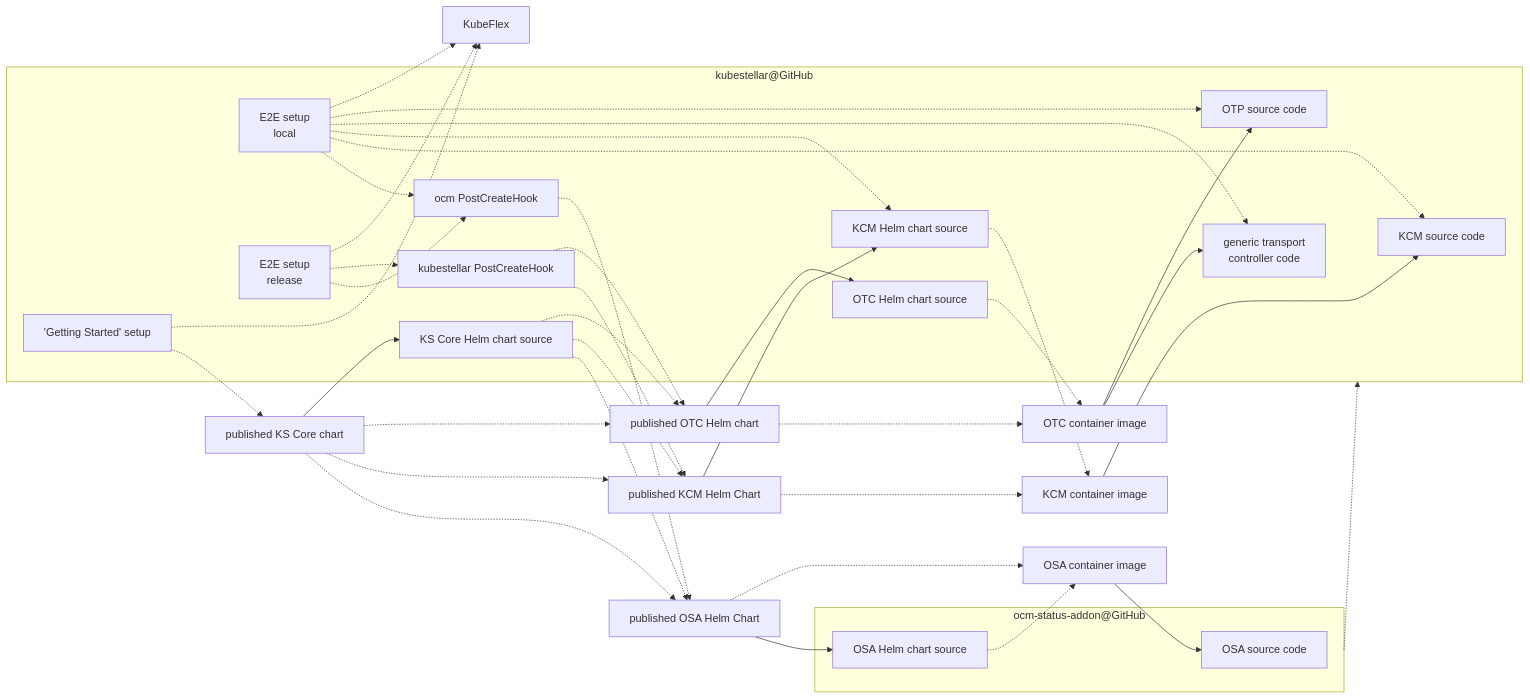
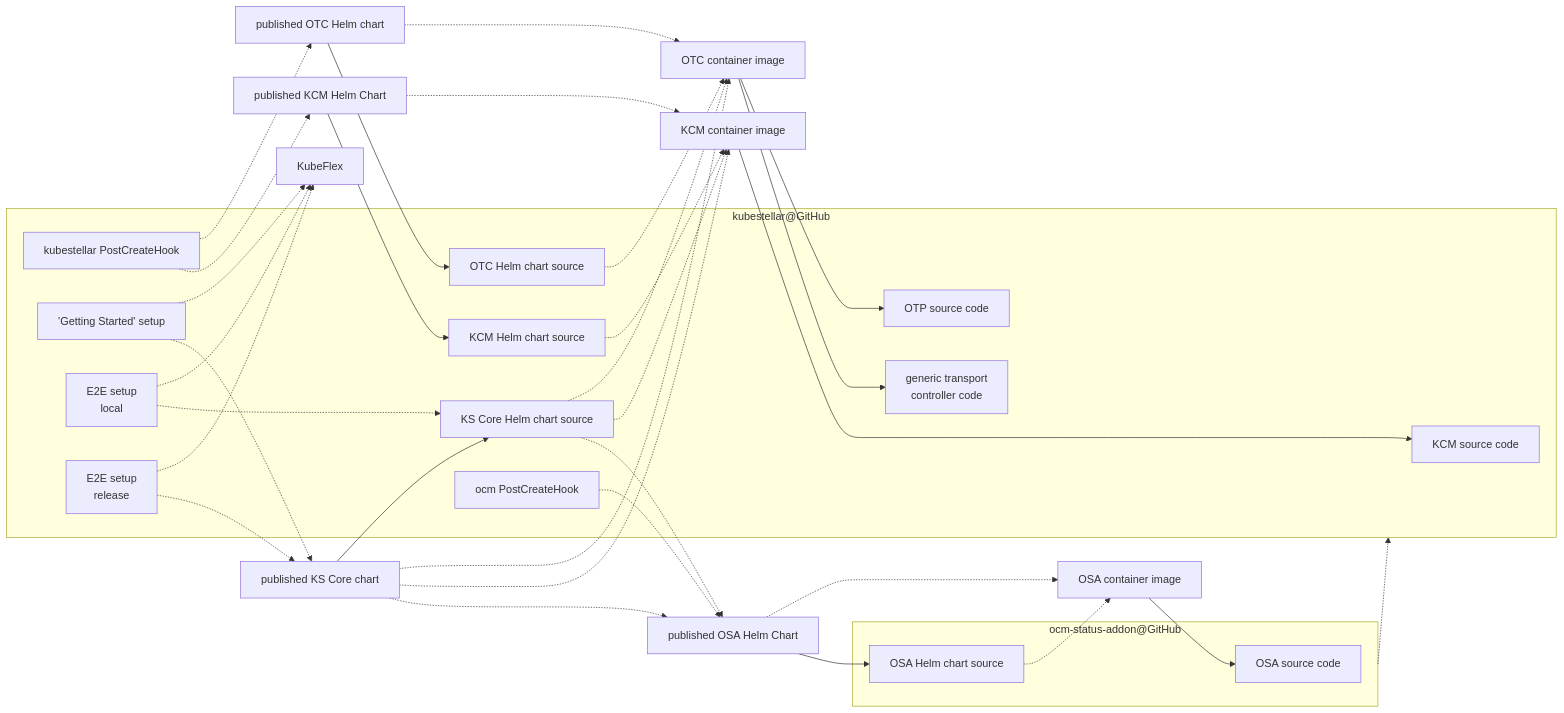
One commit to kubestellar/kubestellar changed the fifth of 5 diagrams in docs/content/direct/packaging.md. Above: the diagram before and after it, drawn with Mermaid. The commit also changed other lines of this file and 1 other file, not shown here.

Commit message:
Start updating packaging.md for chart inlining

````diff
--- a/docs/content/direct/packaging.md
+++ b/docs/content/direct/packaging.md
@@ -344,56 +350,51 @@
 ```mermaid
 flowchart LR
     subgraph osa_repo["ocm-status-addon@GitHub"]
     osa_code[OSA source code]
     osa_hc_src[OSA Helm chart source]
     end
     osa_ctr_image[OSA container image] --> osa_code
     osa_hc_repo[published OSA Helm Chart] --> osa_hc_src
     osa_hc_src -.-> osa_ctr_image
     osa_hc_repo -.-> osa_ctr_image
     subgraph ks_repo["kubestellar@GitHub"]
     kcm_code[KCM source code]
     gtc_code["generic transport<br>controller code"]
     otp_code[OTP source code]
     kcm_hc_src[KCM Helm chart source]
     otc_hc_src[OTC Helm chart source]
     ksc_hc_src[KS Core Helm chart source]
     ks_pch[kubestellar PostCreateHook]
     ocm_pch["ocm PostCreateHook"]
     setup_ksc["'Getting Started' setup"]
     e2e_local["E2E setup<br>local"]
     e2e_release["E2E setup<br>release"]
     end
     osa_repo -.-> ks_repo
     ocm_pch -.-> osa_hc_repo
     kcm_ctr_image[KCM container image] --> kcm_code
     kcm_hc_repo[published KCM Helm Chart] --> kcm_hc_src
     kcm_hc_src -.-> kcm_ctr_image
     kcm_hc_repo -.-> kcm_ctr_image
     ks_pch -.-> kcm_hc_repo
     ks_pch -.-> otc_hc_repo[published OTC Helm chart]
     otc_ctr_image[OTC container image]
     otc_ctr_image --> gtc_code
     otc_ctr_image --> otp_code
     otc_hc_src -.-> otc_ctr_image
     otc_hc_repo --> otc_hc_src
     otc_hc_repo -.-> otc_ctr_image
     ksc_hc_repo[published KS Core chart] --> ksc_hc_src
     ksc_hc_src -.-> osa_hc_repo
-    ksc_hc_src -.-> kcm_hc_repo
-    ksc_hc_src -.-> otc_hc_repo
+    ksc_hc_src -.-> kcm_ctr_image
+    ksc_hc_src -.-> otc_ctr_image
     ksc_hc_repo -.-> osa_hc_repo
-    ksc_hc_repo -.-> kcm_hc_repo
-    ksc_hc_repo -.-> otc_hc_repo
+    ksc_hc_repo -.-> kcm_ctr_image
+    ksc_hc_repo -.-> otc_ctr_image
     setup_ksc -.-> ksc_hc_repo
     setup_ksc -.-> KubeFlex
-    e2e_local -.-> ocm_pch
-    e2e_local -.-> kcm_code
-    e2e_local -.-> kcm_hc_src
-    e2e_local -.-> gtc_code
-    e2e_local -.-> otp_code
+    e2e_local -.-> ksc_hc_src
     e2e_local -.-> KubeFlex
-    e2e_release -.-> ocm_pch
-    e2e_release -.-> ks_pch
+    e2e_release -.-> ksc_hc_repo
     e2e_release -.-> KubeFlex
 ```
````
